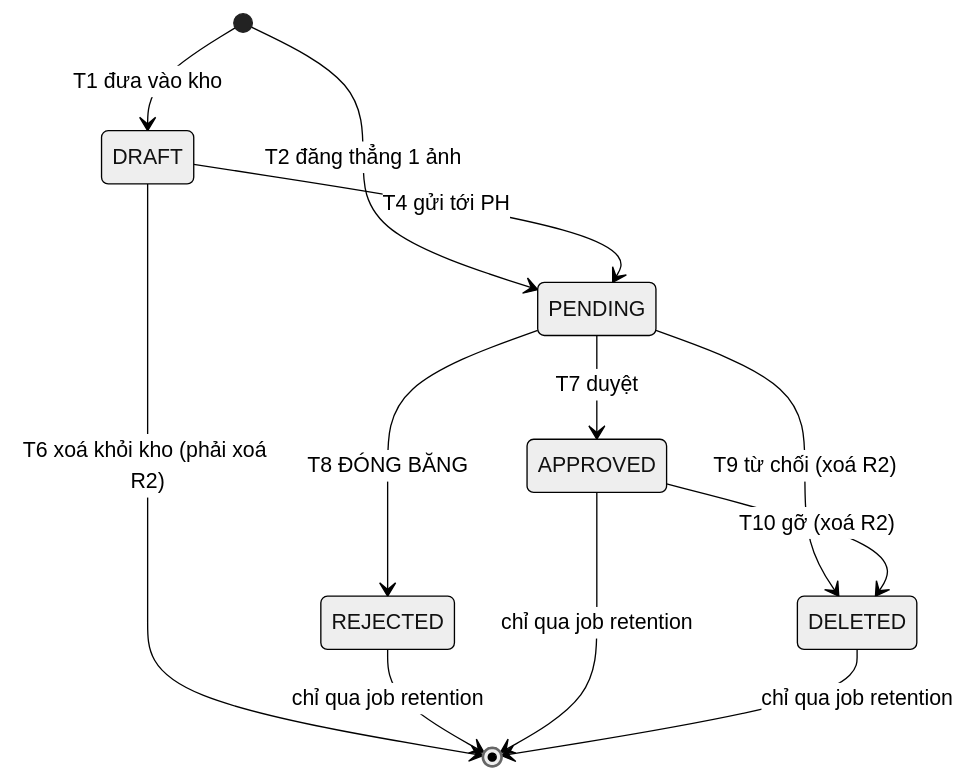
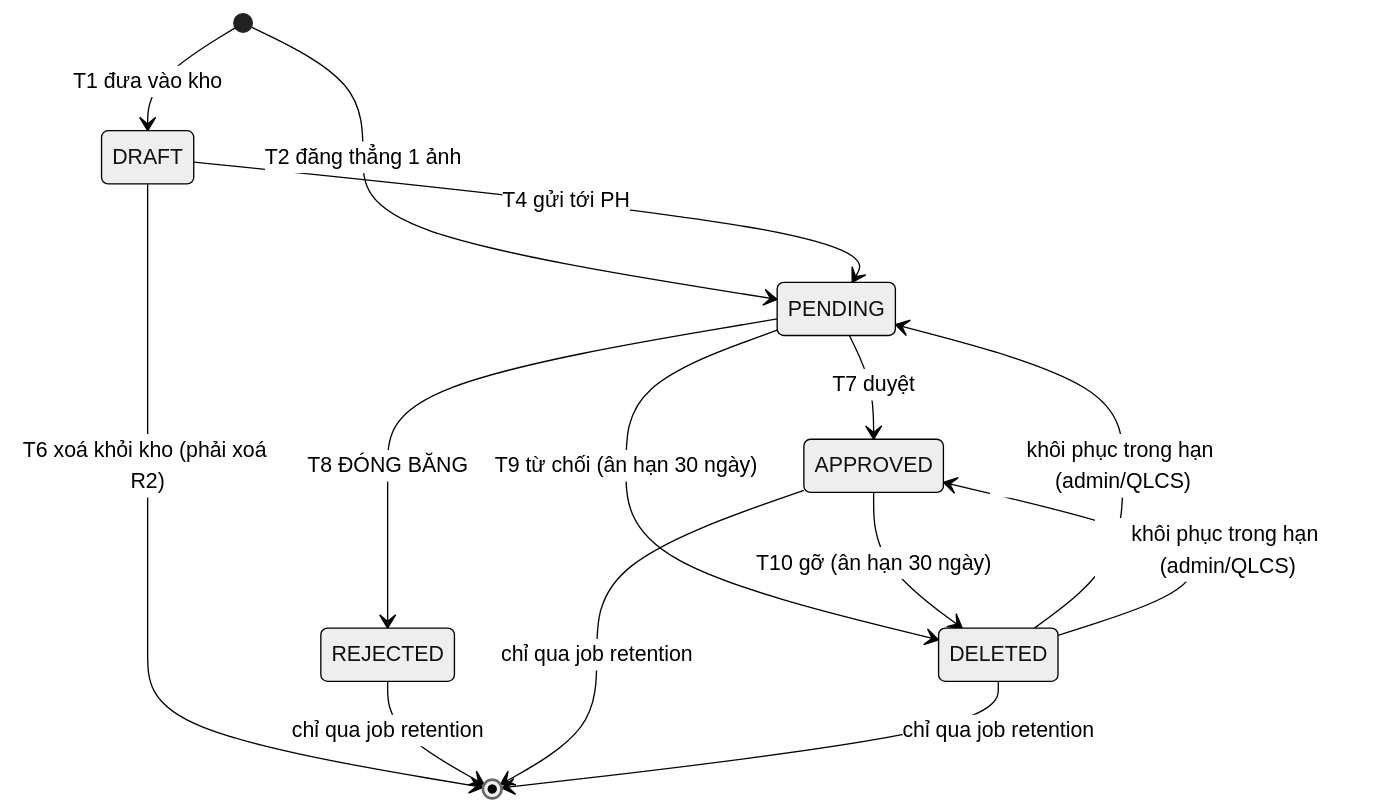
One commit to hptkk29/satarobo-vn changed the diagram in docs/prd/F-media.md. Above: the diagram before and after it, drawn with Mermaid (neutral theme). The commit also changed other lines of this file and 7 other files, not shown here.

````diff
--- a/docs/prd/F-media.md
+++ b/docs/prd/F-media.md
@@ -383,14 +578,16 @@
 ```mermaid
 stateDiagram-v2
     [*] --> DRAFT : T1 đưa vào kho
     [*] --> PENDING : T2 đăng thẳng 1 ảnh
     DRAFT --> PENDING : T4 gửi tới PH
     DRAFT --> [*] : T6 xoá khỏi kho (phải xoá R2)
     PENDING --> APPROVED : T7 duyệt
-    PENDING --> DELETED : T9 từ chối (xoá R2)
-    APPROVED --> DELETED : T10 gỡ (xoá R2)
+    PENDING --> DELETED : T9 từ chối (ân hạn 30 ngày)
+    APPROVED --> DELETED : T10 gỡ (ân hạn 30 ngày)
+    DELETED --> PENDING : khôi phục trong hạn (admin/QLCS)
+    DELETED --> APPROVED : khôi phục trong hạn (admin/QLCS)
     PENDING --> REJECTED : T8 ĐÓNG BĂNG
     REJECTED --> [*] : chỉ qua job retention
     APPROVED --> [*] : chỉ qua job retention
     DELETED --> [*] : chỉ qua job retention
 ```
````
